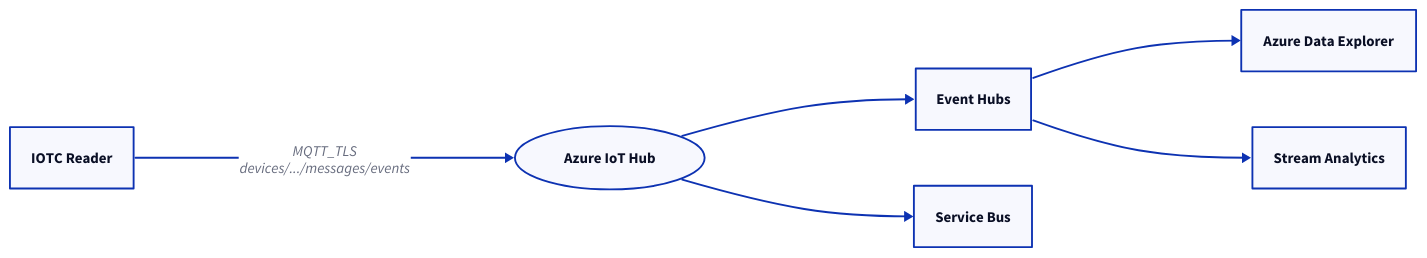
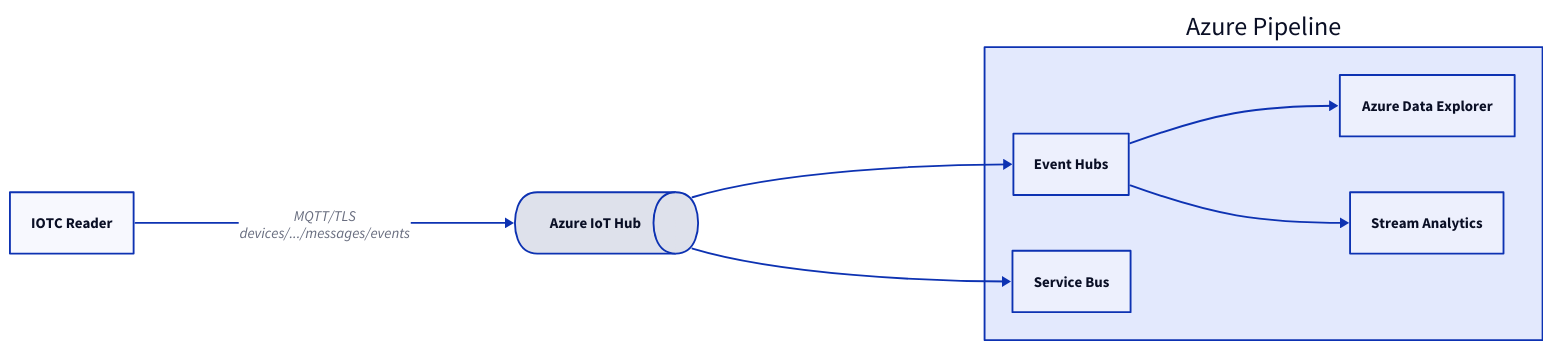
The diagram in docs/fleet/cloud-integration/azure.md (admiral-ai/zebra-handheld-rfid-iotc), drawn with D2 before and after one commit. The commit also changed 40 other files, not shown here.

First line of the commit message:
Redesign all 54 D2 diagrams to a unified visual system

````diff
--- a/docs/fleet/cloud-integration/azure.md
+++ b/docs/fleet/cloud-integration/azure.md
@@ -59,14 +59,17 @@
 ```d2
 direction: right
 R: IOTC Reader
-H: Azure IoT Hub { shape: oval }
-EH: Event Hubs
-SB: Service Bus
-ADX: Azure Data Explorer
-SA: Stream Analytics
-R -> H: "MQTT_TLS\ndevices/.../messages/events"
-H -> EH
-H -> SB
-EH -> ADX
-EH -> SA
+H: Azure IoT Hub { shape: queue }
+cloud: Azure Pipeline {
+  EH: Event Hubs
+  SB: Service Bus
+  ADX: Azure Data Explorer
+  SA: Stream Analytics
+}
+R -> H: "MQTT/TLS\ndevices/.../messages/events"
+H -> cloud.EH
+H -> cloud.SB
+cloud.EH -> cloud.ADX
+cloud.EH -> cloud.SA
+
 ```
````
